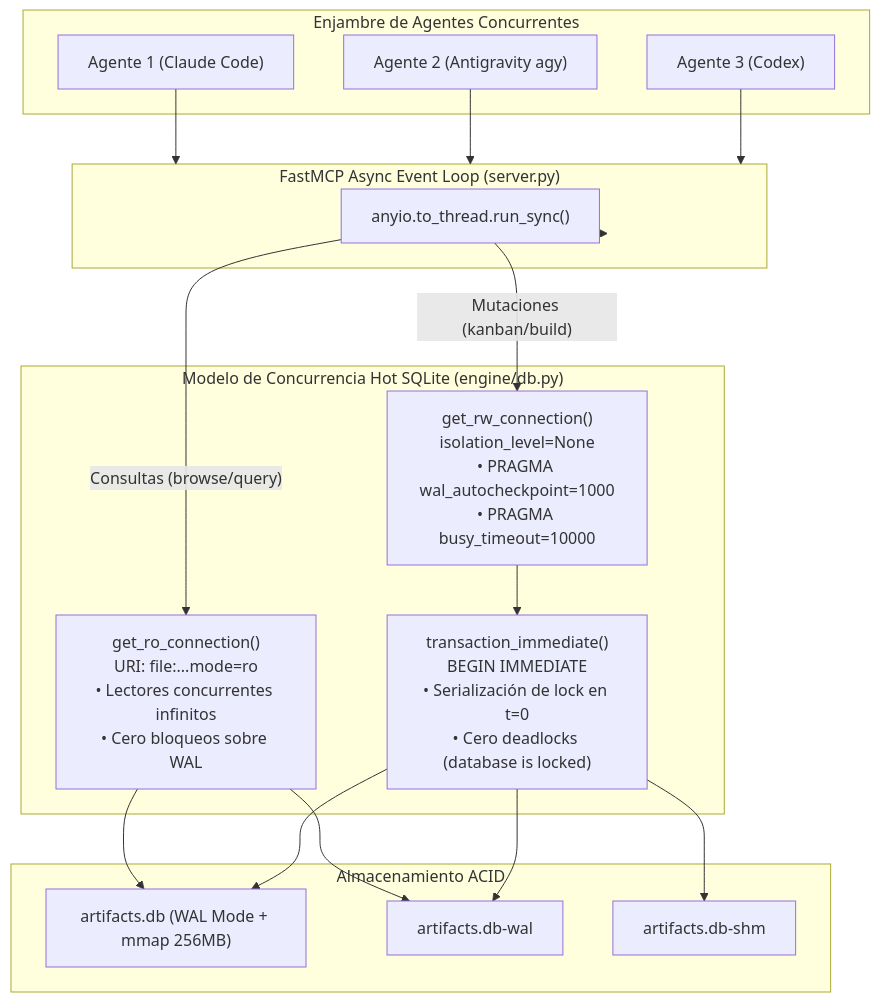
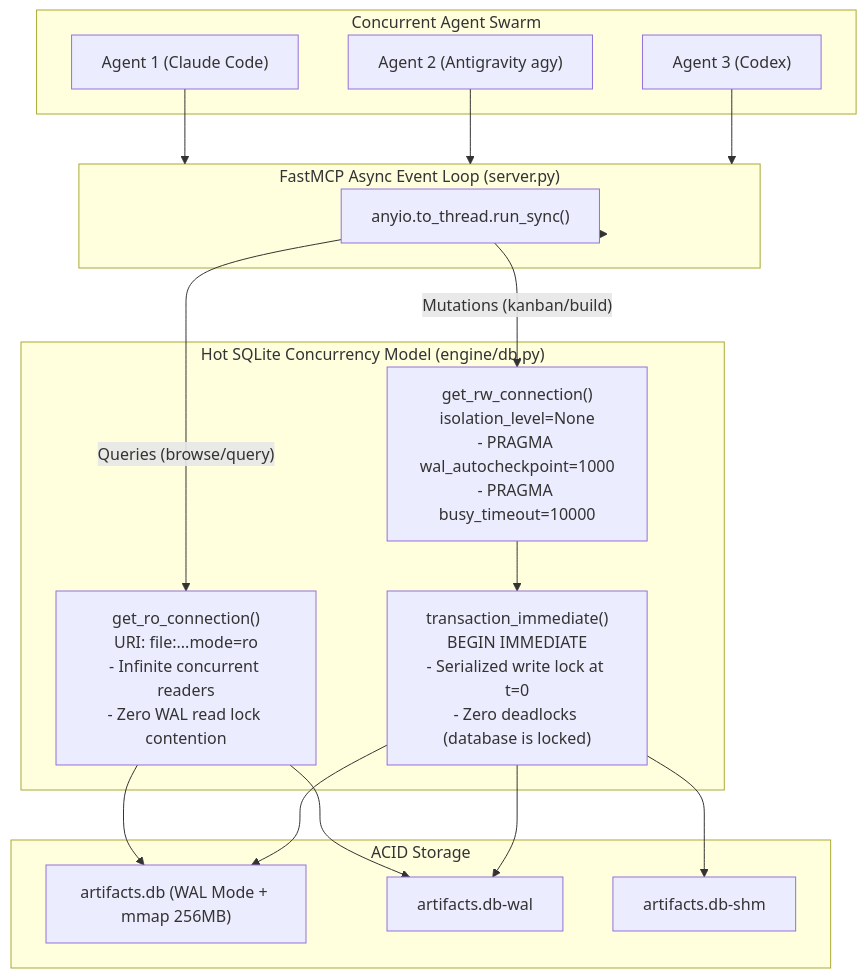
The seventh of 16 diagrams in README.md (ancrz/agent-execution-plane), drawn with Mermaid before and after one commit. The commit also changed other lines of this file, not shown here.

Commit message:
docs(readme): translate entire specification to English and fix Mermaid diagram syntax errors

````diff
--- a/README.md
+++ b/README.md
@@ -485,28 +437,28 @@
 ```mermaid
 flowchart TD
-    subgraph MultiAgent["Enjambre de Agentes Concurrentes"]
-        A1["Agente 1 (Claude Code)"]
-        A2["Agente 2 (Antigravity agy)"]
-        A3["Agente 3 (Codex)"]
+    subgraph MultiAgent["Concurrent Agent Swarm"]
+        A1["Agent 1 (Claude Code)"]
+        A2["Agent 2 (Antigravity agy)"]
+        A3["Agent 3 (Codex)"]
     end
 
     subgraph FastMCP["FastMCP Async Event Loop (server.py)"]
         Offload["anyio.to_thread.run_sync()"]
     end
 
-    subgraph ConnModel["Modelo de Concurrencia Hot SQLite (engine/db.py)"]
-        RO["get_ro_connection()<br/>URI: file:...mode=ro<br/>• Lectores concurrentes infinitos<br/>• Cero bloqueos sobre WAL"]
-        RW["get_rw_connection()<br/>isolation_level=None<br/>• PRAGMA wal_autocheckpoint=1000<br/>• PRAGMA busy_timeout=10000"]
-        TX["transaction_immediate()<br/>BEGIN IMMEDIATE<br/>• Serialización de lock en t=0<br/>• Cero deadlocks (database is locked)"]
+    subgraph ConnModel["Hot SQLite Concurrency Model (engine/db.py)"]
+        RO["get_ro_connection()<br/>URI: file:...mode=ro<br/>- Infinite concurrent readers<br/>- Zero WAL read lock contention"]
+        RW["get_rw_connection()<br/>isolation_level=None<br/>- PRAGMA wal_autocheckpoint=1000<br/>- PRAGMA busy_timeout=10000"]
+        TX["transaction_immediate()<br/>BEGIN IMMEDIATE<br/>- Serialized write lock at t=0<br/>- Zero deadlocks (database is locked)"]
     end
 
-    subgraph Storage["Almacenamiento ACID"]
+    subgraph Storage["ACID Storage"]
         DBFile["artifacts.db (WAL Mode + mmap 256MB)"]
         WAL["artifacts.db-wal"]
         SHM["artifacts.db-shm"]
     end
 
     A1 & A2 & A3 --> FastMCP --> Offload
-    Offload -->|"Consultas (browse/query)"| RO --> DBFile & WAL
-    Offload -->|"Mutaciones (kanban/build)"| RW --> TX --> DBFile & WAL & SHM
+    Offload -->|"Queries (browse/query)"| RO --> DBFile & WAL
+    Offload -->|"Mutations (kanban/build)"| RW --> TX --> DBFile & WAL & SHM
 ```
````
